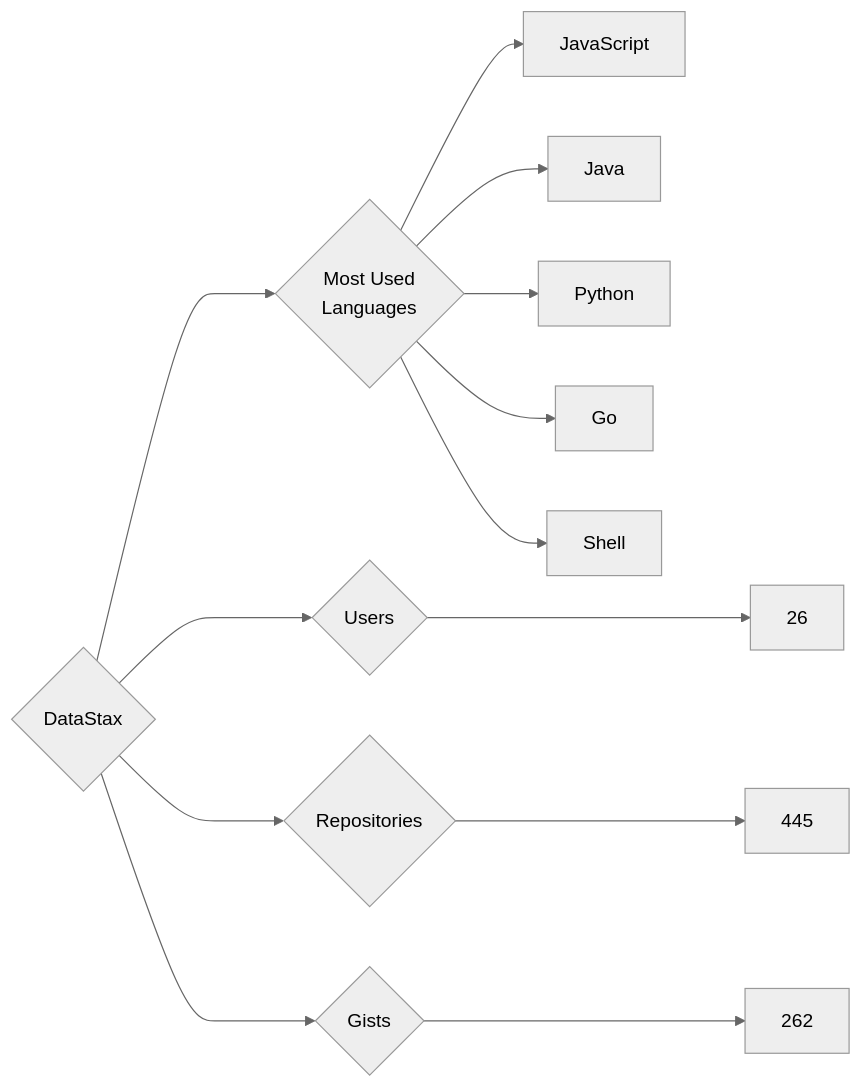
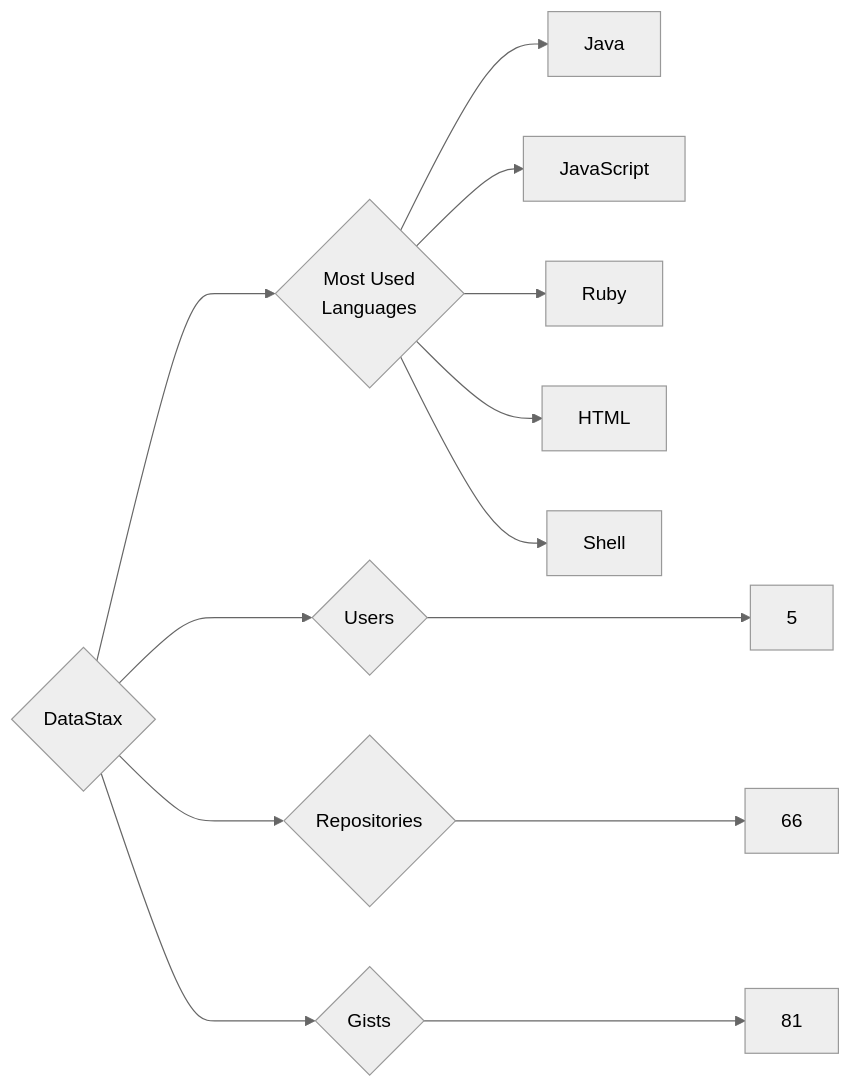
Before and after one commit to trickest/insiders: the diagram in targets/DataStax/README.md, drawn with Mermaid (neutral theme). The commit also changed 782 other files, not shown here.

````diff
--- a/targets/DataStax/README.md
+++ b/targets/DataStax/README.md
@@ -3,13 +3,13 @@
 ```mermaid
 graph LR
 COMPANY_NAME{DataStax}
-COMPANY_NAME ---> U{Users} ---> UN[26]
-COMPANY_NAME ---> R{Repositories} ---> RN[445]
-COMPANY_NAME ---> G{Gists} ---> GN[262]
+COMPANY_NAME ---> U{Users} ---> UN[5]
+COMPANY_NAME ---> R{Repositories} ---> RN[66]
+COMPANY_NAME ---> G{Gists} ---> GN[81]
 COMPANY_NAME ---> ML{Most Used<br>Languages}
+ML --> Java[Java]
 ML --> JavaScript[JavaScript]
-ML --> Java[Java]
-ML --> Python[Python]
-ML --> Go[Go]
+ML --> Ruby[Ruby]
+ML --> HTML[HTML]
 ML --> Shell[Shell]
 ```
````
